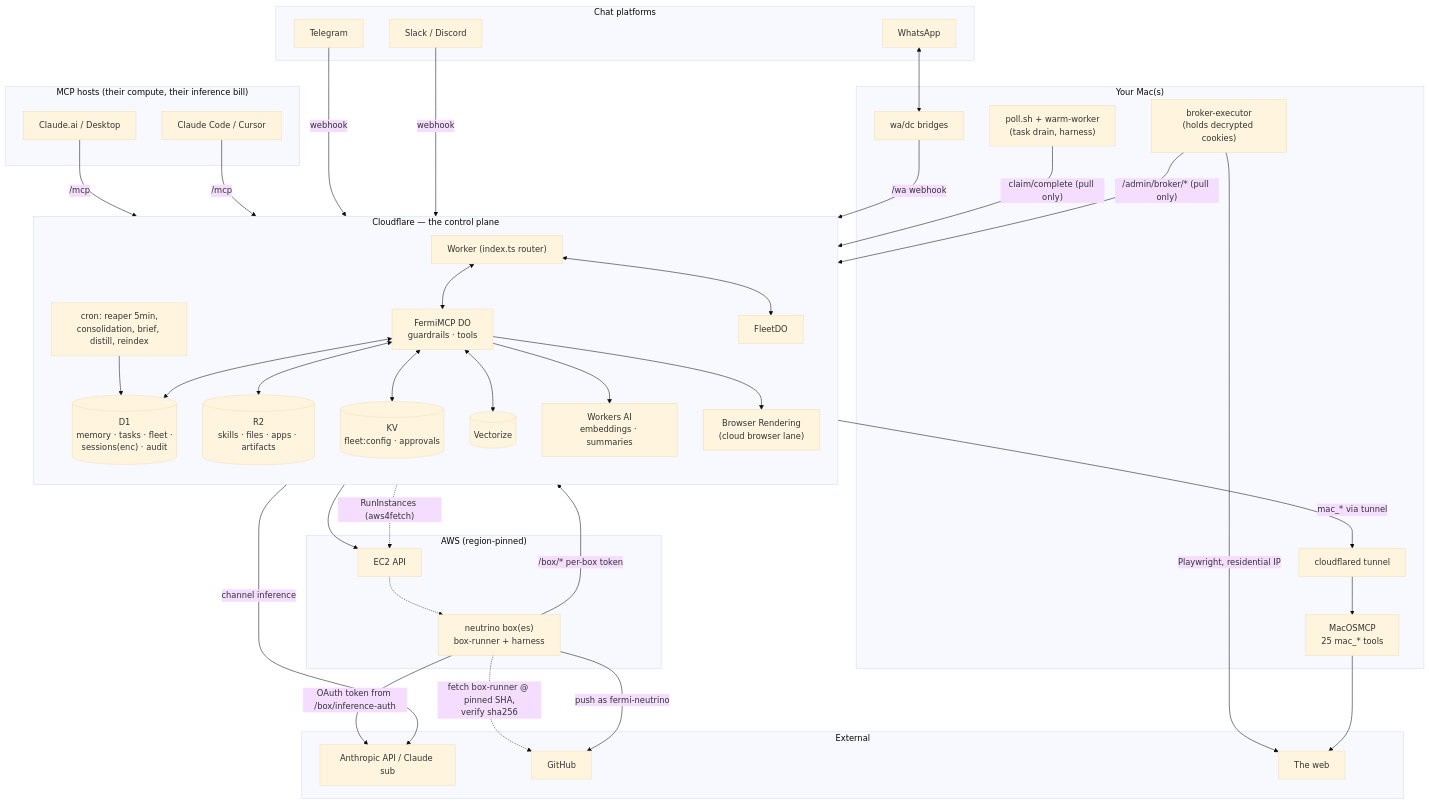
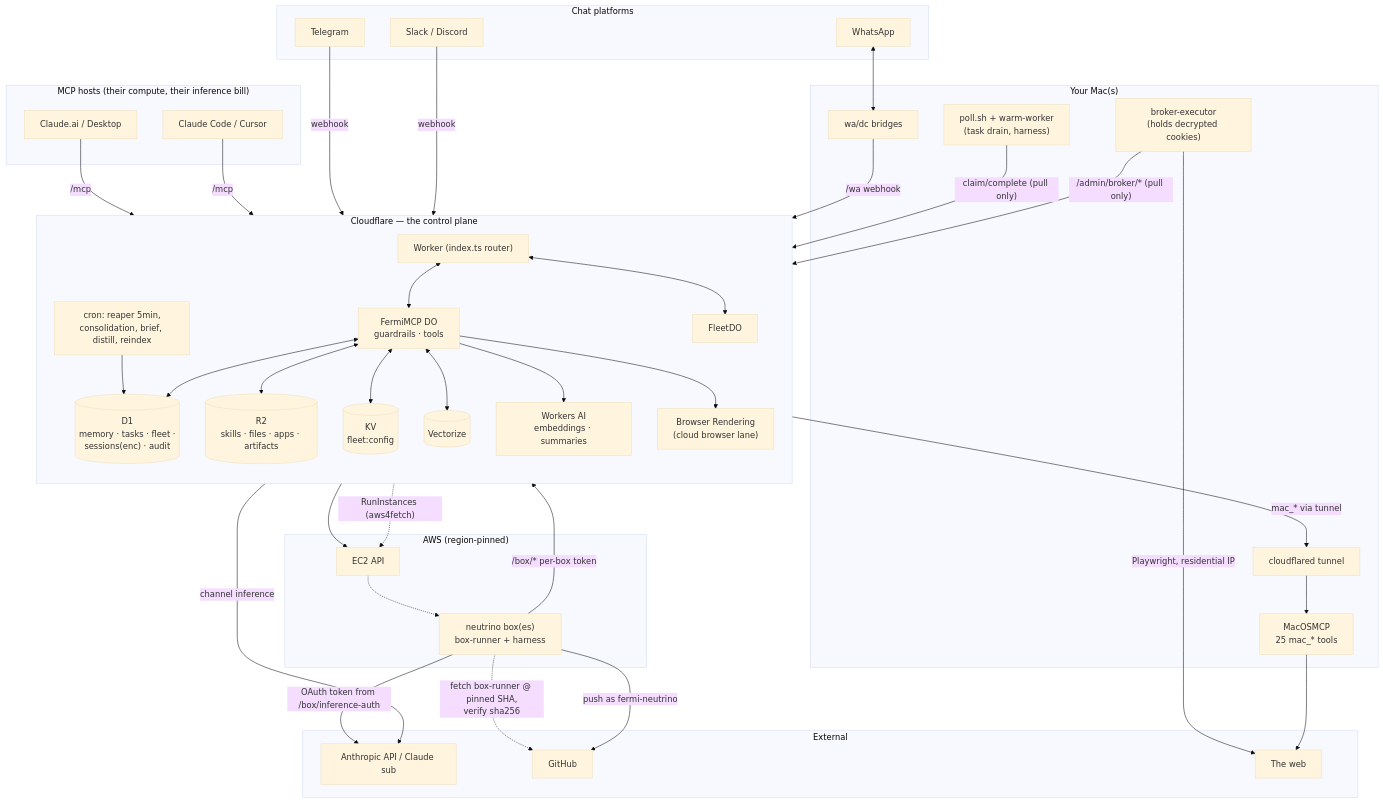
Before and after one commit to abel30567/orch-bench-fermi-mcp: the diagram in docs-site/architecture/system-map.md, drawn with Mermaid (base theme). The commit also changed 13 other files, not shown here.

````diff
--- a/docs-site/architecture/system-map.md
+++ b/docs-site/architecture/system-map.md
@@ -5,78 +5,78 @@
 ```mermaid
 flowchart TB
     subgraph HOSTS["MCP hosts (their compute, their inference bill)"]
       CLAI["Claude.ai / Desktop"]
       CCODE["Claude Code / Cursor"]
     end
 
     subgraph CHAT["Chat platforms"]
       TG["Telegram"]
       SLK["Slack / Discord"]
       WA["WhatsApp"]
     end
 
     subgraph CF["Cloudflare — the control plane"]
       direction TB
       W["Worker (index.ts router)"]
       DO["FermiMCP DO<br/>guardrails · tools"]
       FDO["FleetDO"]
       CRON["cron: reaper 5min,<br/>consolidation, brief, distill, reindex"]
       D1[("D1<br/>memory · tasks · fleet ·<br/>sessions(enc) · audit")]
       R2[("R2<br/>skills · files · apps · artifacts")]
-      KV[("KV<br/>fleet:config · approvals")]
+      KV[("KV<br/>fleet:config")]
       VEC[("Vectorize")]
       WAI["Workers AI<br/>embeddings · summaries"]
       CBR["Browser Rendering<br/>(cloud browser lane)"]
     end
 
     subgraph MAC["Your Mac(s)"]
       POLL["poll.sh + warm-worker<br/>(task drain, harness)"]
       BRIDGE["wa/dc bridges"]
       BEXEC["broker-executor<br/>(holds decrypted cookies)"]
       MMCP["MacOSMCP<br/>25 mac_* tools"]
       TUN["cloudflared tunnel"]
     end
 
     subgraph AWS["AWS (region-pinned)"]
       EC2["EC2 API"]
       BOX1["neutrino box(es)<br/>box-runner + harness"]
     end
 
     subgraph EXT["External"]
       ANTH["Anthropic API / Claude sub"]
       GH["GitHub"]
       WEB["The web"]
     end
 
     CLAI -->|/mcp| W
     CCODE -->|/mcp| W
     TG -->|webhook| W
     SLK -->|webhook| W
     WA <--> BRIDGE
     BRIDGE -->|/wa webhook| W
 
     W <--> DO
     DO <--> D1
     DO <--> R2
     DO <--> KV
     DO <--> VEC
     DO --> WAI
     DO --> CBR
     CRON --> D1
     CRON --> EC2
     W <--> FDO
 
     POLL -->|"claim/complete (pull only)"| W
     BEXEC -->|"/admin/broker/* (pull only)"| W
     BEXEC -->|Playwright, residential IP| WEB
     W -->|"mac_* via tunnel"| TUN --> MMCP
     MMCP --> WEB
 
     W -.->|"RunInstances (aws4fetch)"| EC2
     EC2 -.-> BOX1
     BOX1 -.->|"fetch box-runner @ pinned SHA,<br/>verify sha256"| GH
     BOX1 -->|"/box/* per-box token"| W
     BOX1 -->|OAuth token from /box/inference-auth| ANTH
     BOX1 -->|push as fermi-neutrino| GH
     DO -->|channel inference| ANTH
 ```
````
